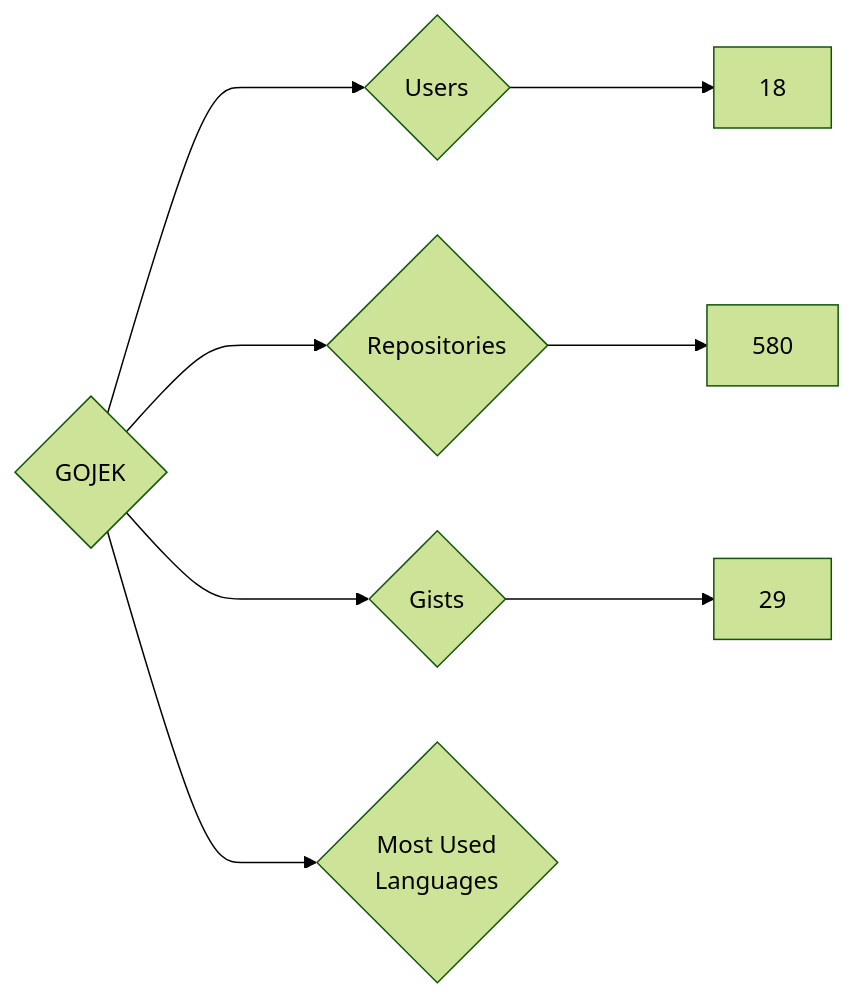
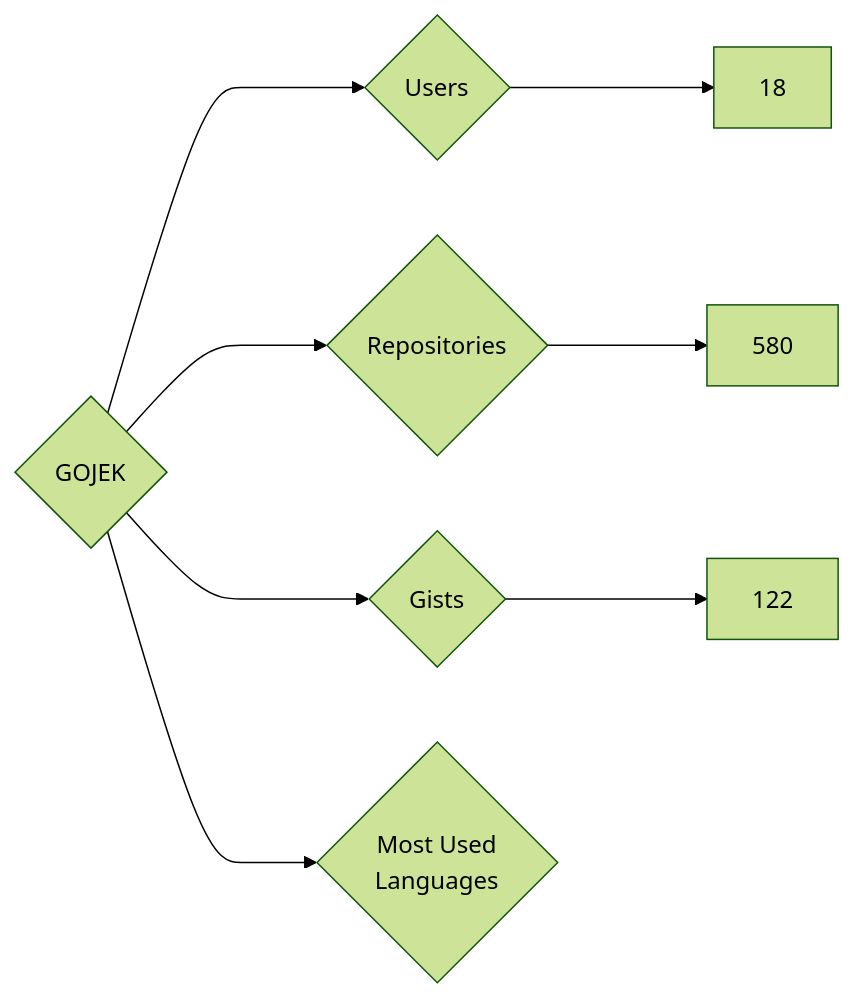
The diagram in targets/GOJEK/README.md (nenadzaric/insiders), drawn with Mermaid (forest theme) before and after one commit. The commit also changed 1342 other files, not shown here.

````diff
--- a/targets/GOJEK/README.md
+++ b/targets/GOJEK/README.md
@@ -3,8 +3,8 @@
 ```mermaid
 graph LR
 COMPANY_NAME{GOJEK}
 COMPANY_NAME ---> U{Users} ---> UN[18]
 COMPANY_NAME ---> R{Repositories} ---> RN[580]
-COMPANY_NAME ---> G{Gists} ---> GN[29]
+COMPANY_NAME ---> G{Gists} ---> GN[122]
 COMPANY_NAME ---> ML{Most Used<br>Languages}
 ```
````
